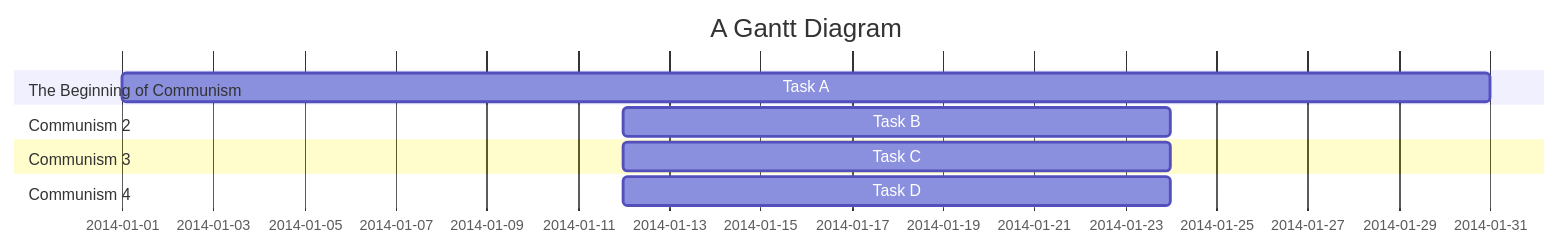
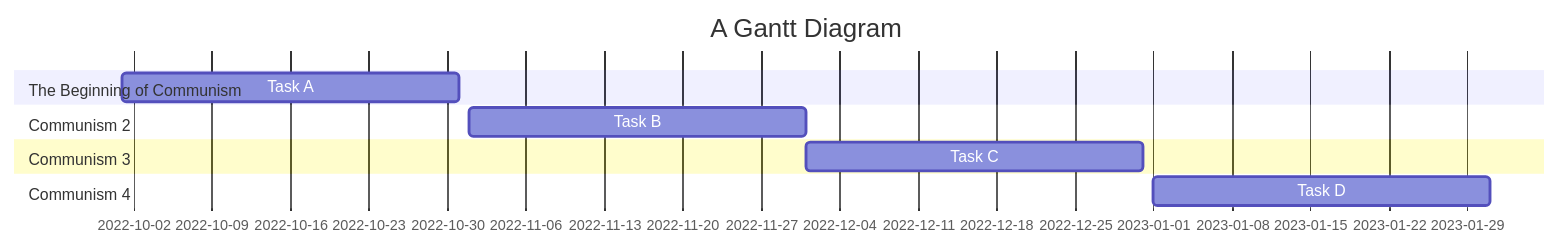
Before and after one commit to C109118214/Group02: the diagram in README.md, drawn with Mermaid.

````diff
--- a/README.md
+++ b/README.md
@@ -13,13 +13,13 @@
 ```mermaid
 gantt
     title A Gantt Diagram
 
     section The Beginning of Communism
-    Task A           :a1, 2014-01-01, 30d
+    Task A      :2022-10-01  , 30d
     section Communism 2
-    Task B      :2014-01-12  , 12d
+    Task B      :2022-11-01  , 30d
     section Communism 3
-    Task C      :2014-01-12  , 12d
+    Task C      :2022-12-01  , 30d
     section Communism 4
-    Task D      :2014-01-12  , 12d
+    Task D      :2023-01-01  , 30d
 ```
````
